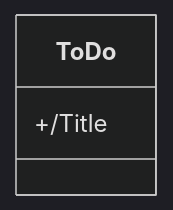
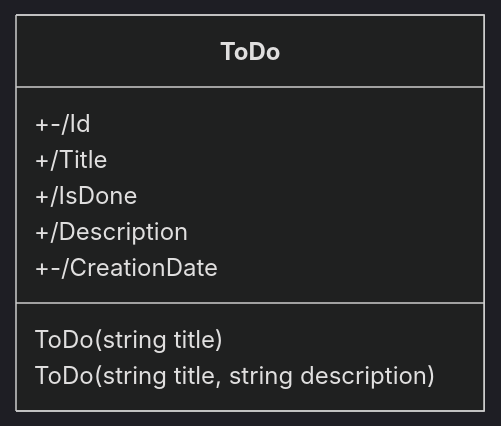
One commit to HandyS11/ToDo_App changed the first of 2 diagrams in README.md. Above: the diagram before and after it, drawn with Mermaid (dark theme). The commit also changed other lines of this file, not shown here.

````diff
--- a/README.md
+++ b/README.md
@@ -48,7 +53,13 @@
 ```mermaid
 classDiagram
 
 class ToDo {
+    +-/Id
     +/Title
+    +/IsDone
+    +/Description
+    +-/CreationDate
+    ToDo(string title)
+    ToDo(string title, string description)
 }
 ```
````
